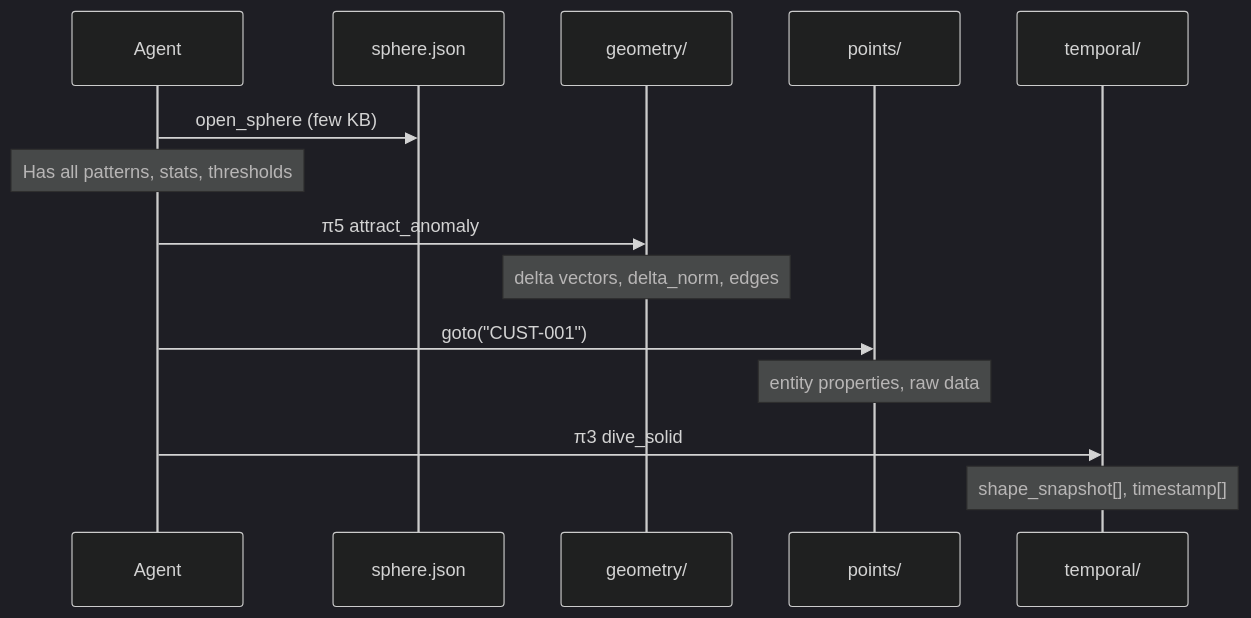
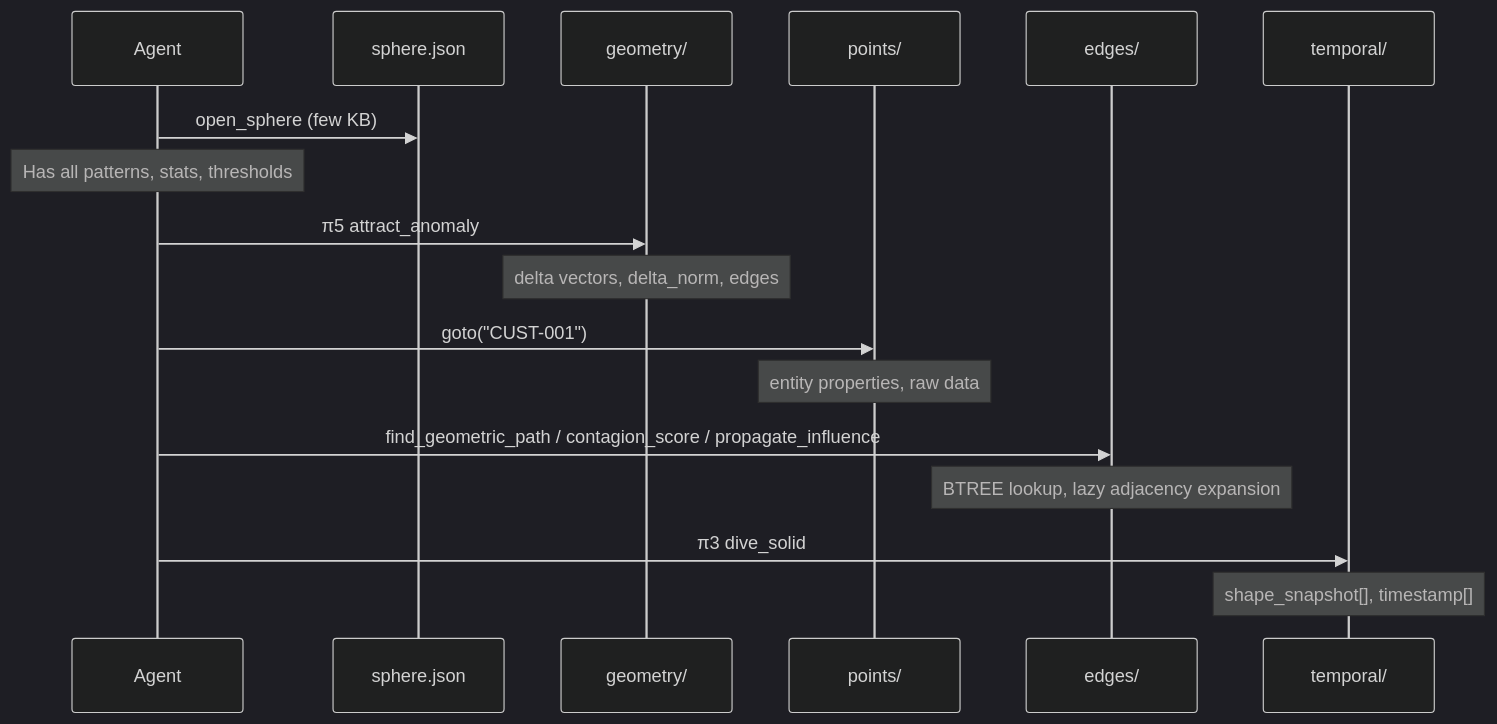
One commit to hypertopos/hypertopos-py changed the first of 2 diagrams in docs/data-format.md. Above: the diagram before and after it, drawn with Mermaid (dark theme). The commit also changed other lines of this file and 27 other files, not shown here.

````diff
--- a/docs/data-format.md
+++ b/docs/data-format.md
@@ -119,20 +145,24 @@
 ```mermaid
 sequenceDiagram
     participant Agent
     participant sphere.json
     participant geometry/
     participant points/
+    participant edges/
     participant temporal/
 
     Agent->>sphere.json: open_sphere (few KB)
     Note over Agent: Has all patterns, stats, thresholds
 
     Agent->>geometry/: π5 attract_anomaly
     Note over geometry/: delta vectors, delta_norm, edges
 
     Agent->>points/: goto("CUST-001")
     Note over points/: entity properties, raw data
 
+    Agent->>edges/: find_geometric_path / contagion_score / propagate_influence
+    Note over edges/: BTREE lookup, lazy adjacency expansion
+
     Agent->>temporal/: π3 dive_solid
     Note over temporal/: shape_snapshot[], timestamp[]
 ```
````
